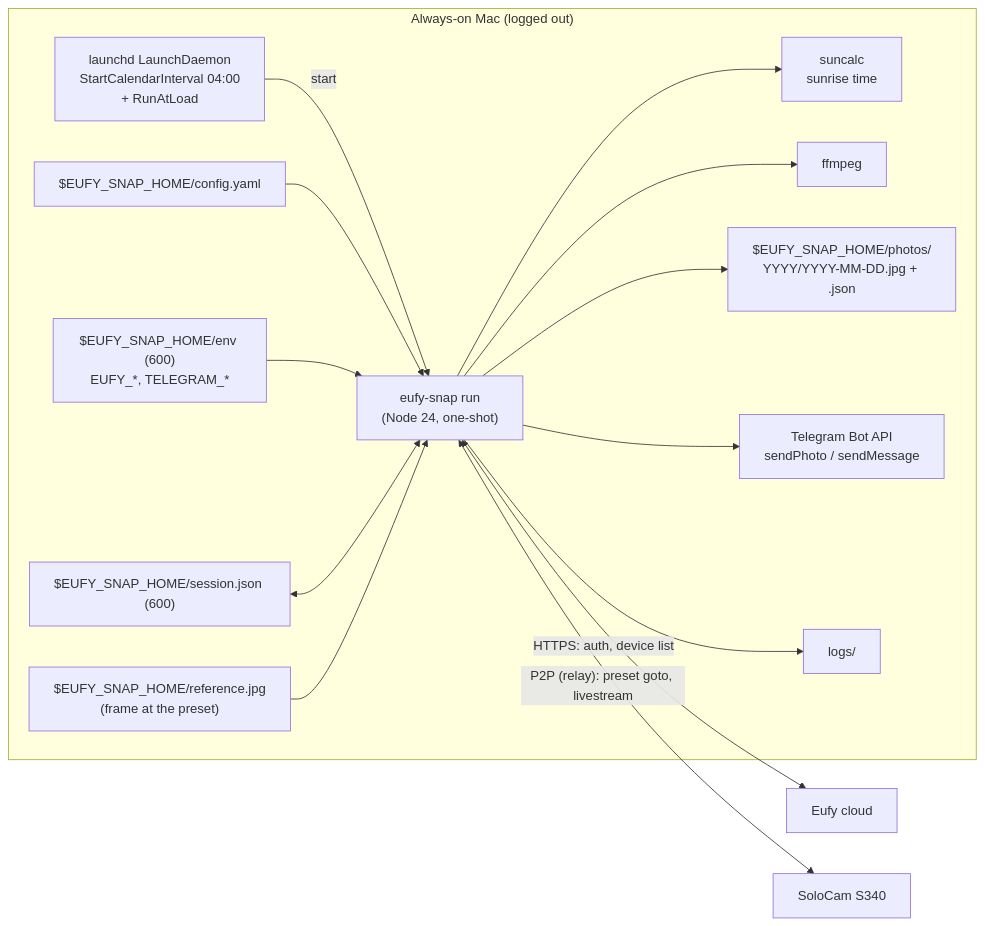
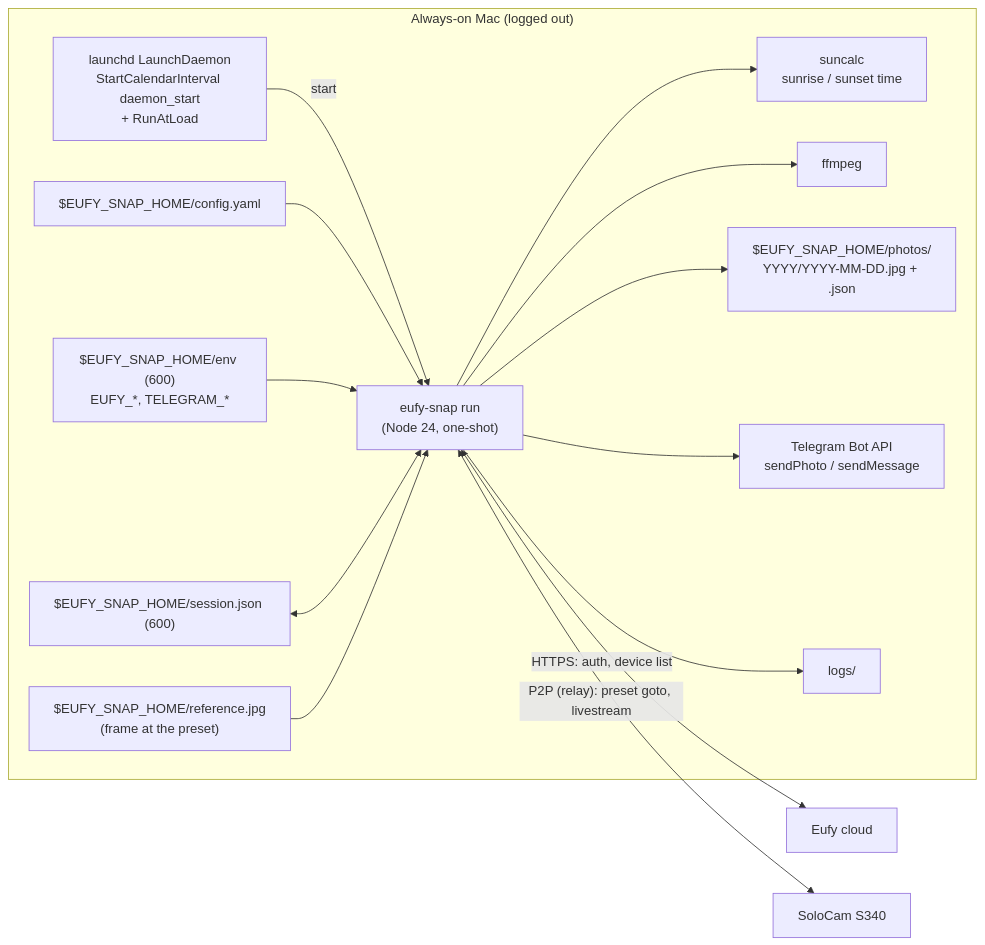
Before and after one commit to atiannicelli/eufy-snap: the first of 2 diagrams in docs/DESIGN.md, drawn with Mermaid. The commit also changed other lines of this file and 10 other files, not shown here.

````diff
--- a/docs/DESIGN.md
+++ b/docs/DESIGN.md
@@ -56,17 +59,17 @@
 ```mermaid
 flowchart LR
     subgraph mac["Always-on Mac (logged out)"]
-        ld["launchd LaunchDaemon\nStartCalendarInterval 04:00\n+ RunAtLoad"] -->|"start"| run["eufy-snap run\n(Node 24, one-shot)"]
+        ld["launchd LaunchDaemon\nStartCalendarInterval daemon_start\n+ RunAtLoad"] -->|"start"| run["eufy-snap run\n(Node 24, one-shot)"]
         cfg["$EUFY_SNAP_HOME/config.yaml"] --> run
         env["$EUFY_SNAP_HOME/env (600)\nEUFY_*, TELEGRAM_*"] --> run
         sess["$EUFY_SNAP_HOME/session.json (600)"] <--> run
         ref["$EUFY_SNAP_HOME/reference.jpg\n(frame at the preset)"] --> run
-        run --> sun["suncalc\nsunrise time"]
+        run --> sun["suncalc\nsunrise / sunset time"]
         run --> ff["ffmpeg"]
         run --> store["$EUFY_SNAP_HOME/photos/\nYYYY/YYYY-MM-DD.jpg + .json"]
         run --> tg["Telegram Bot API\nsendPhoto / sendMessage"]
         run --> logs["logs/"]
     end
     run <-->|"HTTPS: auth, device list"| cloud["Eufy cloud"]
     run <-->|"P2P (relay): preset goto, livestream"| cam["SoloCam S340"]
 ```
````
